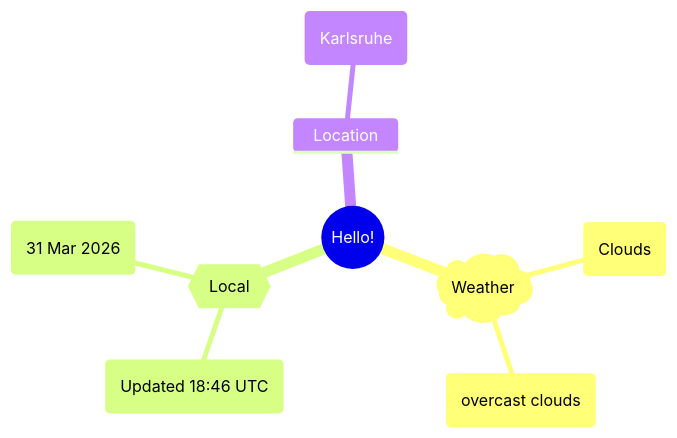
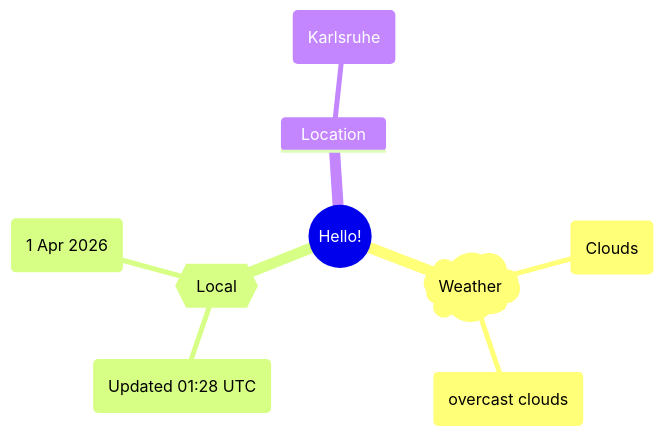
Before and after one commit to Xosrov/Xosrov: the first of 2 diagrams in README.md, drawn with Mermaid.

Commit message:
[bot] updated images

````diff
--- a/README.md
+++ b/README.md
@@ -3,12 +3,12 @@
 ```mermaid
 mindmap
   root((Hello!))
     )Weather(
         (Clouds)
         (overcast clouds)
     {{Local}}
-        (Updated 18:46 UTC)
-        (31 Mar 2026)
+        (Updated 01:28 UTC)
+        (1 Apr 2026)
     Location
         (Karlsruhe)
 ```
````
